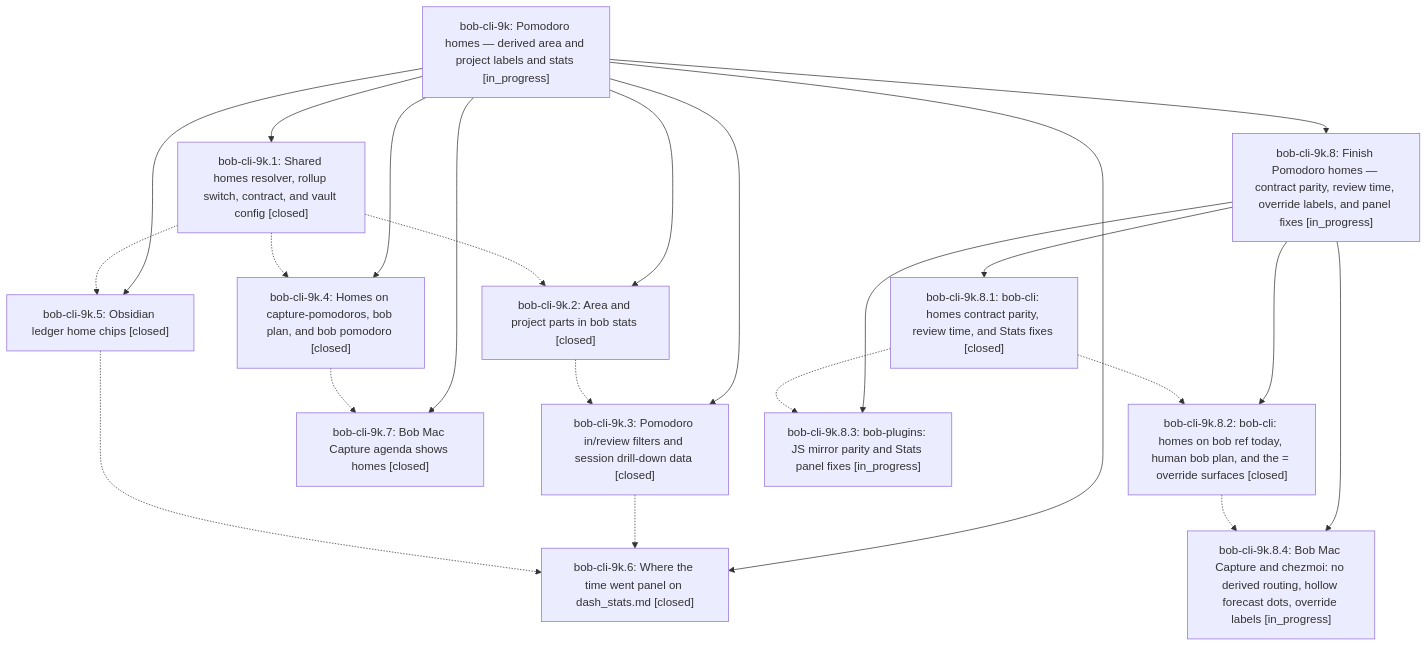
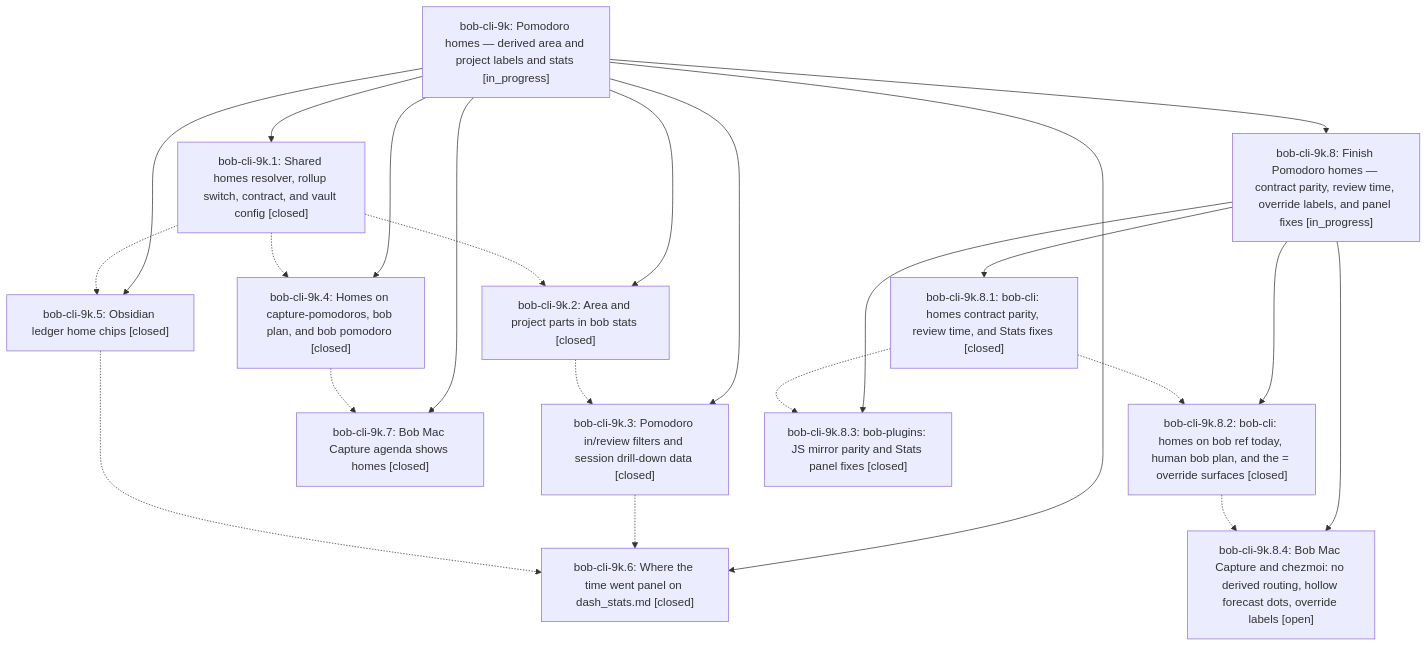
The diagram in pages/bob-cli-9k/README.md (bobs-org/bob-cli--beads), drawn with Mermaid before and after one commit. The commit also changed other lines of this file and 7 other files, not shown here.

First line of the commit message:
chore(beads): sync bead state and pages for bob-cli-9k

````diff
--- a/pages/bob-cli-9k/README.md
+++ b/pages/bob-cli-9k/README.md
@@ -48,38 +48,38 @@
 ```mermaid
 flowchart TD
     n0["bob-cli-9k: Pomodoro homes — derived area and project labels and stats [in_progress]"]
     n1["bob-cli-9k.1: Shared homes resolver, rollup switch, contract, and vault config [closed]"]
     n2["bob-cli-9k.2: Area and project parts in bob stats [closed]"]
     n3["bob-cli-9k.3: Pomodoro in/review filters and session drill-down data [closed]"]
     n4["bob-cli-9k.4: Homes on capture-pomodoros, bob plan, and bob pomodoro [closed]"]
     n5["bob-cli-9k.5: Obsidian ledger home chips [closed]"]
     n6["bob-cli-9k.6: Where the time went panel on dash_stats.md [closed]"]
     n7["bob-cli-9k.7: Bob Mac Capture agenda shows homes [closed]"]
     n8["bob-cli-9k.8: Finish Pomodoro homes — contract parity, review time, override labels, and panel fixes [in_progress]"]
     n9["bob-cli-9k.8.1: bob-cli: homes contract parity, review time, and Stats fixes [closed]"]
     n10["bob-cli-9k.8.2: bob-cli: homes on bob ref today, human bob plan, and the = override surfaces [closed]"]
-    n11["bob-cli-9k.8.3: bob-plugins: JS mirror parity and Stats panel fixes [in_progress]"]
-    n12["bob-cli-9k.8.4: Bob Mac Capture and chezmoi: no derived routing, hollow forecast dots, override labels [in_progress]"]
+    n11["bob-cli-9k.8.3: bob-plugins: JS mirror parity and Stats panel fixes [closed]"]
+    n12["bob-cli-9k.8.4: Bob Mac Capture and chezmoi: no derived routing, hollow forecast dots, override labels [open]"]
     n0 --> n1
     n0 --> n2
     n0 --> n3
     n0 --> n4
     n0 --> n5
     n0 --> n6
     n0 --> n7
     n0 --> n8
     n8 --> n9
     n8 --> n10
     n8 --> n11
     n8 --> n12
     n1 -.-> n2
     n1 -.-> n4
     n1 -.-> n5
     n2 -.-> n3
     n3 -.-> n6
     n4 -.-> n7
     n5 -.-> n6
     n9 -.-> n10
     n9 -.-> n11
     n10 -.-> n12
 ```
````
